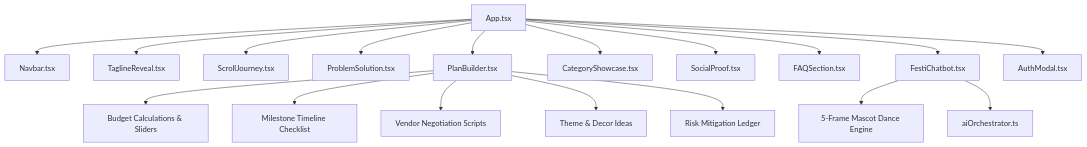
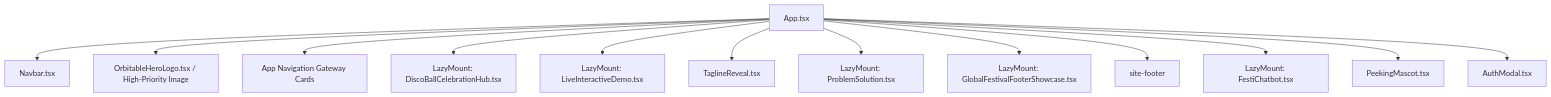
Before and after one commit to z99wE/festy: the second of 2 diagrams in README.md, drawn with Mermaid. The commit also changed other lines of this file and 39 other files, not shown here.

Commit message:
chore: remove bloat, strip unused assets and dead code, clean fonts and meta tags, and align architecture in README

````diff
--- a/README.md
+++ b/README.md
@@ -107,23 +127,16 @@
 ```mermaid
 graph TD
     App[App.tsx]
     App --> Navbar[Navbar.tsx]
+    App --> Hero[OrbitableHeroLogo.tsx / High-Priority Image]
+    App --> Gateways[App Navigation Gateway Cards]
+    App --> LazyMount1[LazyMount: DiscoBallCelebrationHub.tsx]
+    App --> LazyMount2[LazyMount: LiveInteractiveDemo.tsx]
     App --> Tagline[TaglineReveal.tsx]
-    App --> Journey[ScrollJourney.tsx]
-    App --> Problem[ProblemSolution.tsx]
-    App --> PlanBuilder[PlanBuilder.tsx]
-    App --> Categories[CategoryShowcase.tsx]
-    App --> SocialProof[SocialProof.tsx]
-    App --> FAQ[FAQSection.tsx]
-    App --> FestiBot[FestiChatbot.tsx]
+    App --> LazyMount3[LazyMount: ProblemSolution.tsx]
+    App --> LazyMount4[LazyMount: GlobalFestivalFooterShowcase.tsx]
+    App --> SiteFooter[site-footer]
+    App --> LazyMount5[LazyMount: FestiChatbot.tsx]
+    App --> PeekingMascot[PeekingMascot.tsx]
     App --> AuthModal[AuthModal.tsx]
-
-    PlanBuilder --> BudgetTab[Budget Calculations & Sliders]
-    PlanBuilder --> TasksTab[Milestone Timeline Checklist]
-    PlanBuilder --> VendorsTab[Vendor Negotiation Scripts]
-    PlanBuilder --> IdeasTab[Theme & Decor Ideas]
-    PlanBuilder --> RisksTab[Risk Mitigation Ledger]
-
-    FestiBot --> SpriteAnimation[5-Frame Mascot Dance Engine]
-    FestiBot --> AIOrchestrator[aiOrchestrator.ts]
 ```
````
